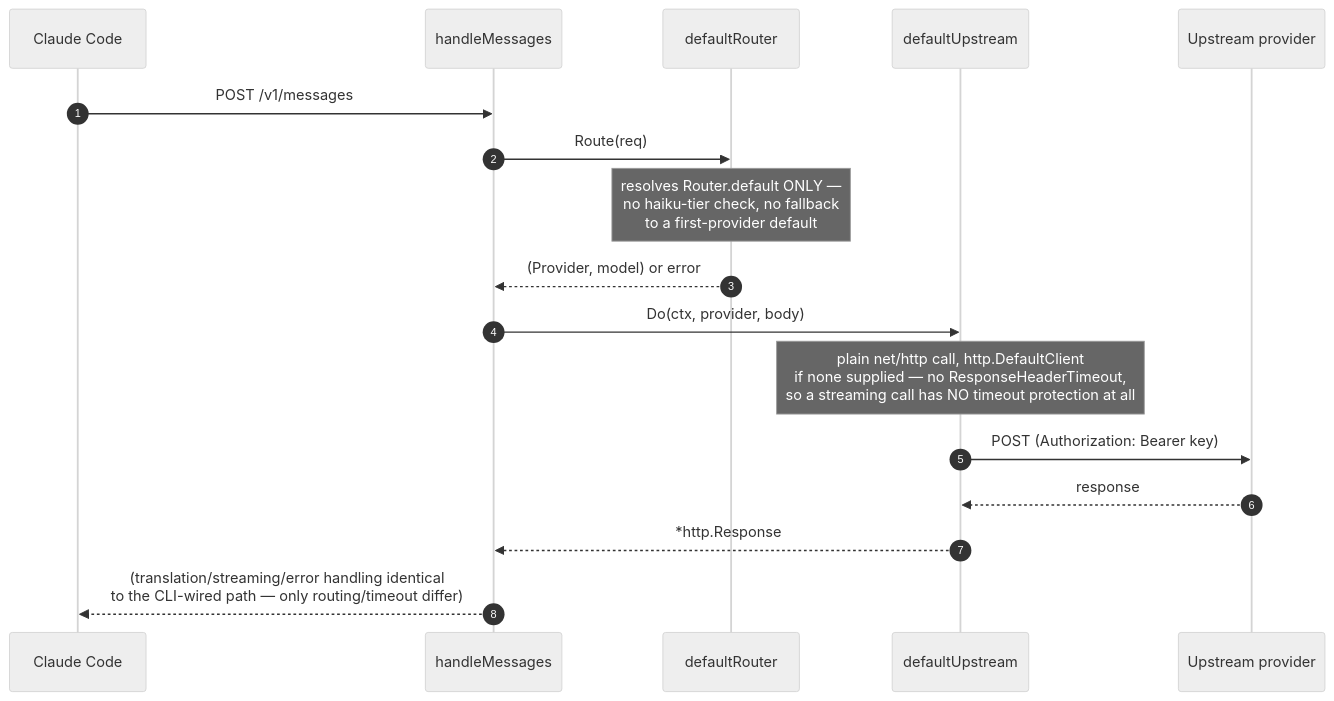
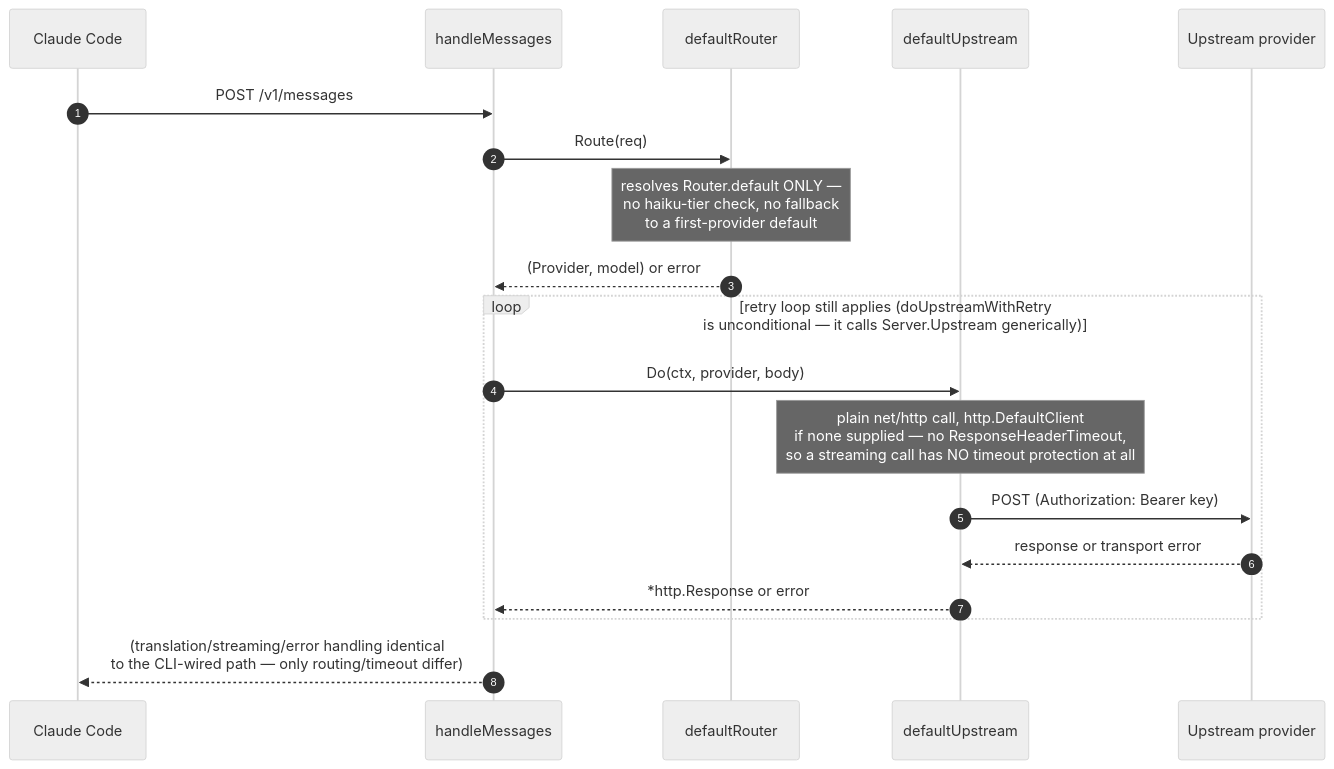
One commit to vasic-digital/claude-code-router changed the third of 7 diagrams in docs/ARCHITECTURE.md. Above: the diagram before and after it, drawn with Mermaid (neutral theme). The commit also changed other lines of this file and 17 other files, not shown here.

````diff
--- a/docs/ARCHITECTURE.md
+++ b/docs/ARCHITECTURE.md
@@ -107,20 +122,22 @@
 ```mermaid
 sequenceDiagram
     autonumber
     participant CC as Claude Code
     participant H as handleMessages
     participant R as defaultRouter
     participant U as defaultUpstream
     participant P as Upstream provider
 
     CC->>H: POST /v1/messages
     H->>R: Route(req)
     Note over R: resolves Router.default ONLY —<br/>no haiku-tier check, no fallback<br/>to a first-provider default
     R-->>H: (Provider, model) or error
-    H->>U: Do(ctx, provider, body)
-    Note over U: plain net/http call, http.DefaultClient<br/>if none supplied — no ResponseHeaderTimeout,<br/>so a streaming call has NO timeout protection at all
-    U->>P: POST (Authorization: Bearer key)
-    P-->>U: response
-    U-->>H: *http.Response
+    loop retry loop still applies (doUpstreamWithRetry<br/>is unconditional — it calls Server.Upstream generically)
+        H->>U: Do(ctx, provider, body)
+        Note over U: plain net/http call, http.DefaultClient<br/>if none supplied — no ResponseHeaderTimeout,<br/>so a streaming call has NO timeout protection at all
+        U->>P: POST (Authorization: Bearer key)
+        P-->>U: response or transport error
+        U-->>H: *http.Response or error
+    end
     H-->>CC: (translation/streaming/error handling identical<br/>to the CLI-wired path — only routing/timeout differ)
 ```
````
